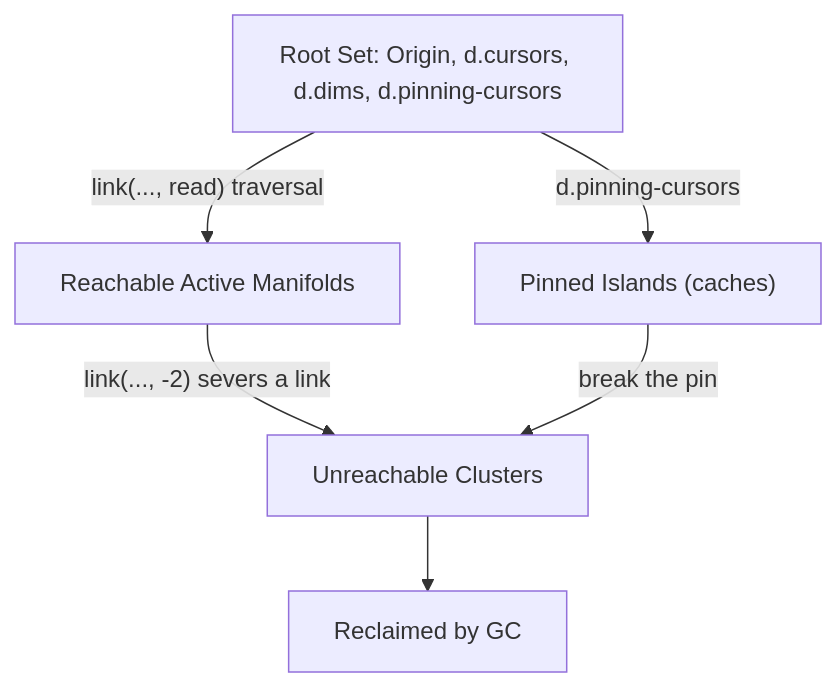
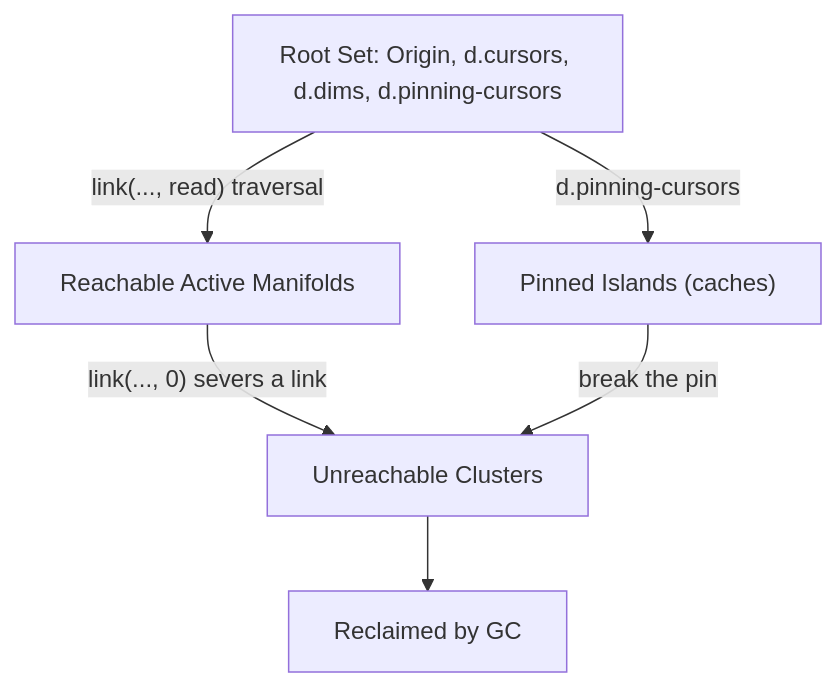
Before and after one commit to ccs4ever/gleditor: the diagram in design/vql-query-language.md, drawn with Mermaid. The commit also changed other lines of this file and 1 other file, not shown here.

````diff
--- a/design/vql-query-language.md
+++ b/design/vql-query-language.md
@@ -452,14 +453,14 @@
 ```mermaid
 graph TD
     Root["Root Set: Origin, d.cursors, d.dims, d.pinning-cursors"]
     Reach["Reachable Active Manifolds"]
     Pinned["Pinned Islands (caches)"]
     Unreach["Unreachable Clusters"]
     GC["Reclaimed by GC"]
 
     Root -->|"link(..., read)" traversal| Reach
     Root -->|"d.pinning-cursors"| Pinned
-    Reach -->|"link(..., -2) severs a link"| Unreach
+    Reach -->|"link(..., 0) severs a link"| Unreach
     Pinned -->|"break the pin"| Unreach
     Unreach --> GC
 ```
````
